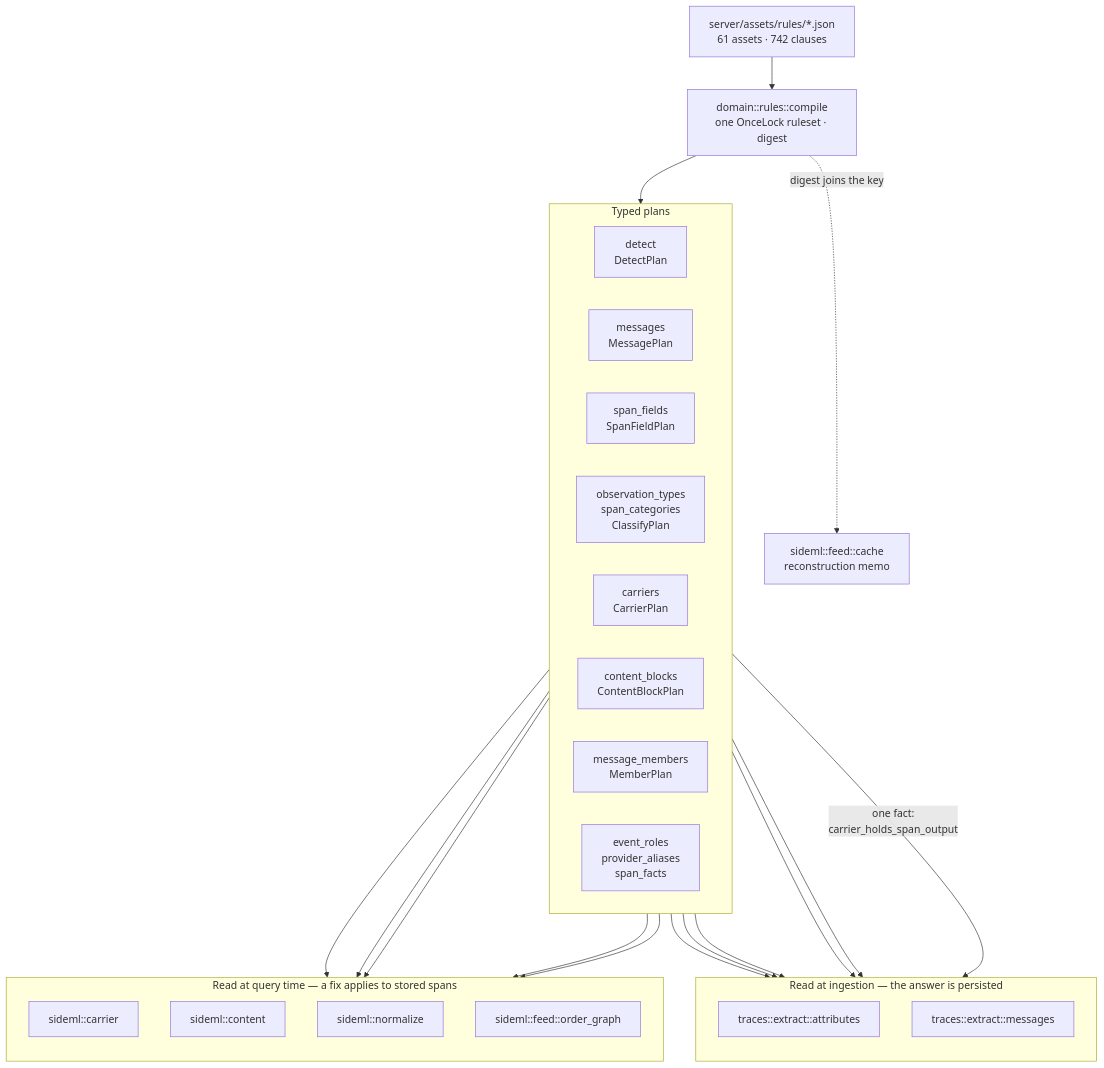
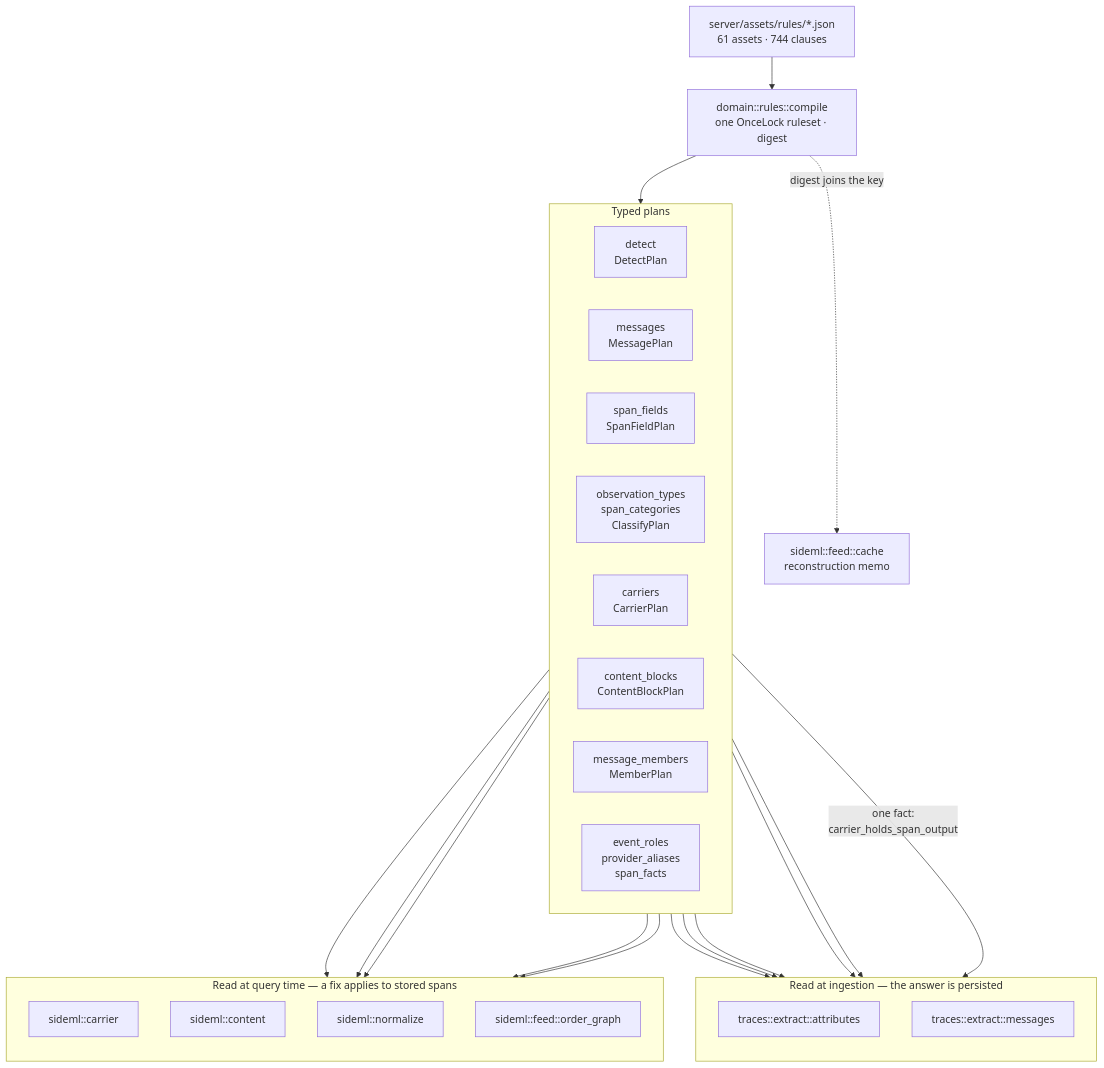
One commit to sideseat/sideseat changed the first of 7 diagrams in docs/engineering/architecture-diagrams.md. Above: the diagram before and after it, drawn with Mermaid. The commit also changed 8 other files, not shown here.

````diff
--- a/docs/engineering/architecture-diagrams.md
+++ b/docs/engineering/architecture-diagrams.md
@@ -18,47 +18,47 @@
 ```mermaid
 flowchart TB
-    assets["server/assets/rules/*.json<br/>61 assets · 742 clauses"]
+    assets["server/assets/rules/*.json<br/>61 assets · 744 clauses"]
     compile["domain::rules::compile<br/>one OnceLock ruleset · digest"]
     assets --> compile
 
     subgraph plans["Typed plans"]
         direction LR
         detect["detect<br/>DetectPlan"]
         messages["messages<br/>MessagePlan"]
         fields["span_fields<br/>SpanFieldPlan"]
         classify["observation_types<br/>span_categories<br/>ClassifyPlan"]
         carriers["carriers<br/>CarrierPlan"]
         blocks["content_blocks<br/>ContentBlockPlan"]
         members["message_members<br/>MemberPlan"]
         roles["event_roles<br/>provider_aliases<br/>span_facts"]
     end
     compile --> plans
 
     subgraph ingest["Read at ingestion — the answer is persisted"]
         direction TB
         attrs["traces::extract::attributes"]
         msgs["traces::extract::messages"]
     end
 
     subgraph query["Read at query time — a fix applies to stored spans"]
         direction TB
         carrier["sideml::carrier"]
         content["sideml::content"]
         normalize["sideml::normalize"]
         order["sideml::feed::order_graph"]
     end
 
     detect --> attrs
     fields --> attrs
     classify --> attrs
     roles --> attrs
     messages --> msgs
     carriers -->|"one fact:<br/>carrier_holds_span_output"| msgs
     carriers --> carrier
     carriers --> order
     blocks --> content
     members --> content
     roles --> normalize
 
     compile -. "digest joins the key" .-> cache["sideml::feed::cache<br/>reconstruction memo"]
 ```
````
